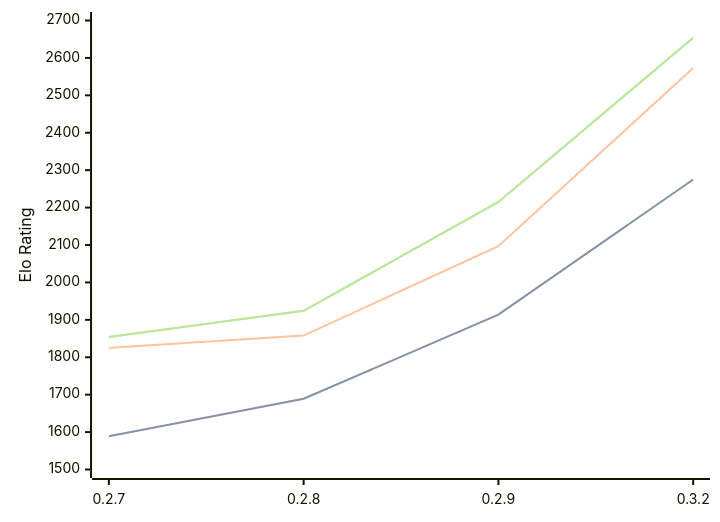
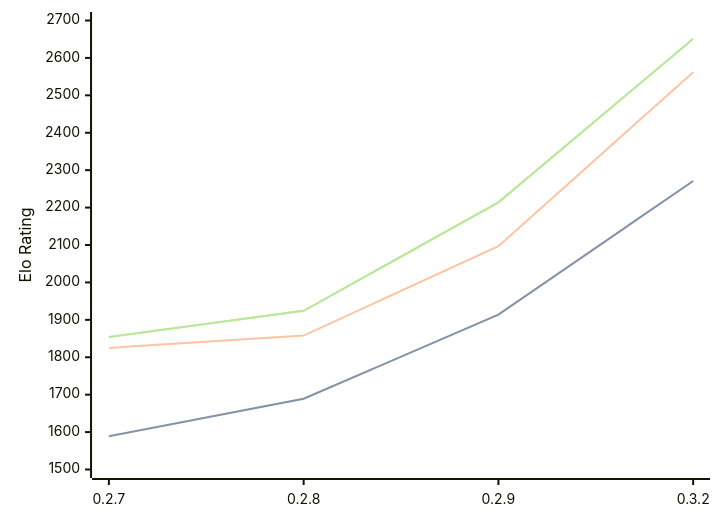
The third of 3 diagrams in engines/Dual.md (computer-chess-index/cci), drawn with Mermaid before and after one commit. The commit also changed other lines of this file, not shown here.

Commit message:
Update CCI Ratings (ELO VLTC) - 2026-07-12

````diff
--- a/engines/Dual.md
+++ b/engines/Dual.md
@@ -77,11 +77,11 @@
 ```mermaid
 %%{init: {"theme":"base","themeVariables":{"seriesColors:['#a3a3a3','#222221','#faa371']}}}%%
 xychart-beta
   x-axis ["0.2.7", "0.2.8", "0.2.9", "0.3.2"]
   y-axis "Elo Rating" 1500 --> 2700
-  line "STC (8.0+0.08s)" [1589, 1689, 1914, 2275]
-  line "STC (8.0+0.08s)" [1589, 1689, 1914, 2275]
-  line "LTC (60.0+0.60s)" [1825, 1858, 2097, 2573]
-  line "VLTC (2m24s+1.12s)" [1854, 1924, 2215, 2654]
-  line "VLTC (2m24s+1.12s)" [1854, 1924, 2215, 2654]
+  line "STC (8.0+0.08s)" [1589, 1689, 1914, 2271]
+  line "STC (8.0+0.08s)" [1589, 1689, 1914, 2271]
+  line "LTC (60.0+0.60s)" [1825, 1858, 2097, 2562]
+  line "VLTC (2m24s+1.12s)" [1854, 1924, 2214, 2651]
+  line "VLTC (2m24s+1.12s)" [1854, 1924, 2214, 2651]
 ```
````
